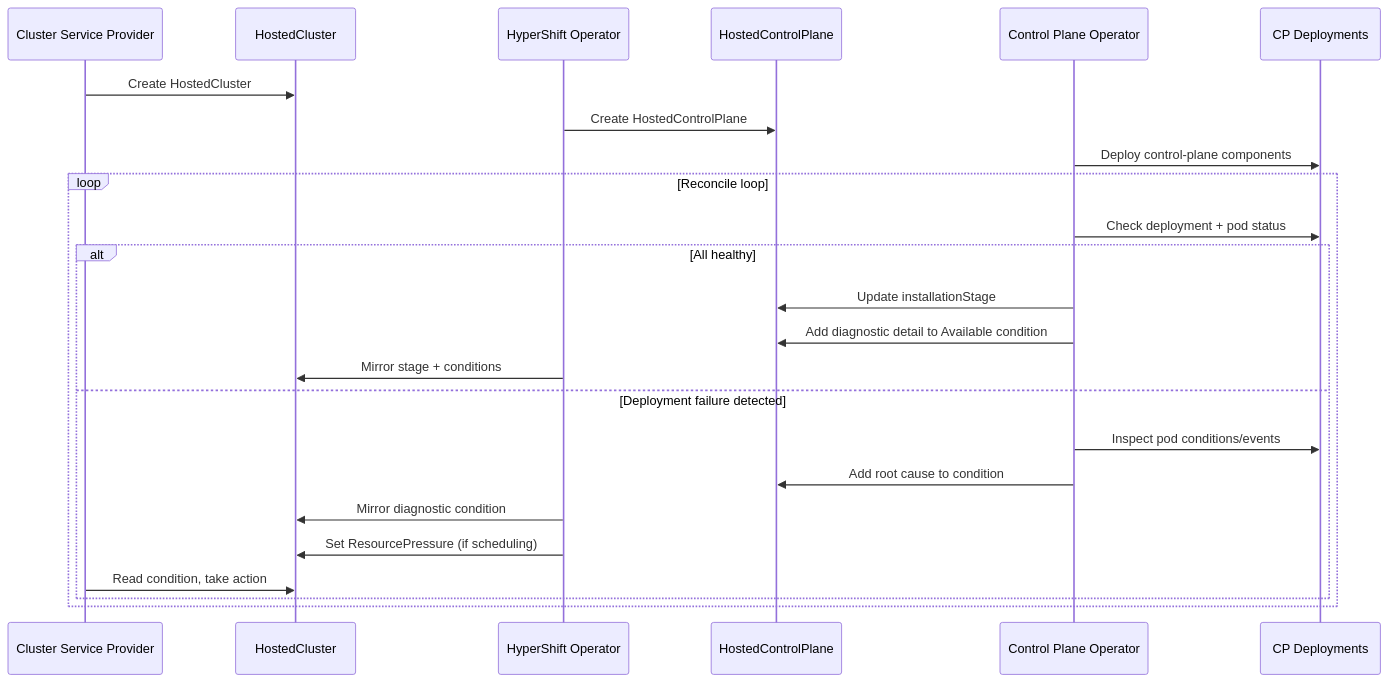
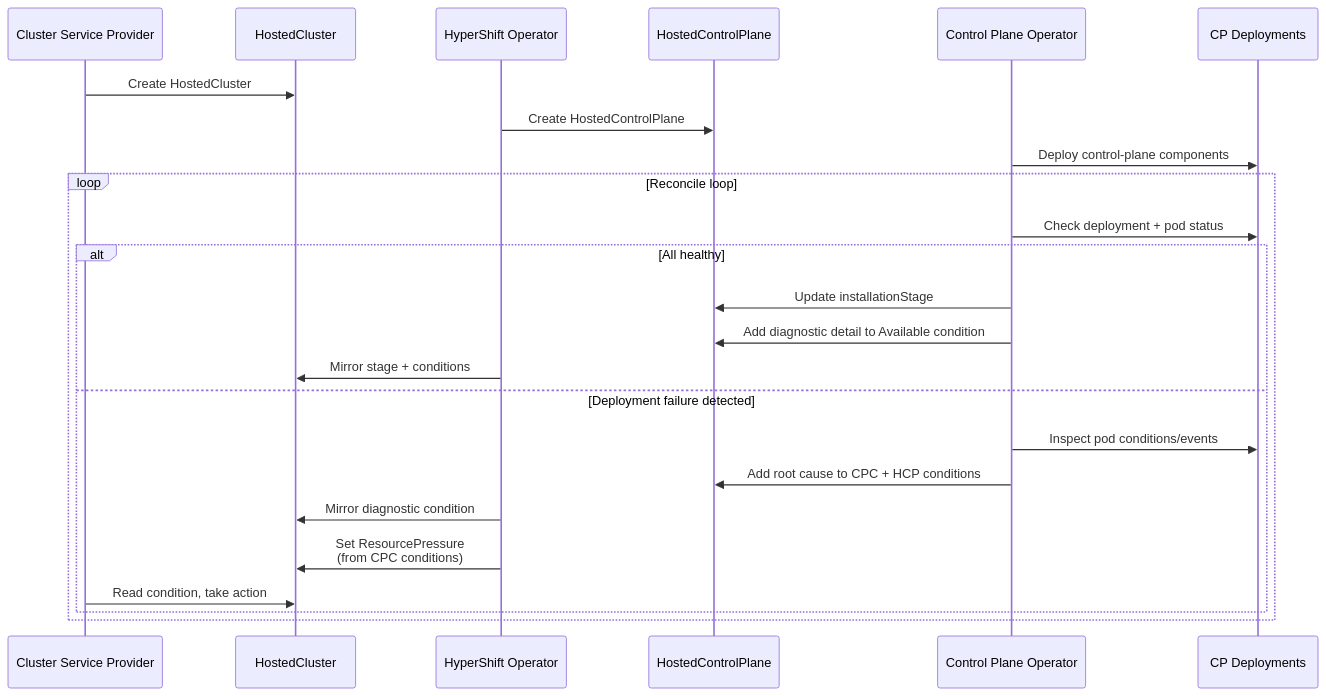
One commit to sdminonne/enhancements changed the second of 2 diagrams in enhancements/hypershift/installation-failure-debuggability.md. Above: the diagram before and after it, drawn with Mermaid. The commit also changed other lines of this file, not shown here.

First line of the commit message:
OCPSTRAT-1598: Update ManagementClusterResourcePressure to CPC-based approach

````diff
--- a/enhancements/hypershift/installation-failure-debuggability.md
+++ b/enhancements/hypershift/installation-failure-debuggability.md
@@ -485,27 +487,27 @@
 ```mermaid
 sequenceDiagram
     participant CSP as Cluster Service Provider
     participant HC as HostedCluster
     participant HO as HyperShift Operator
     participant HCP as HostedControlPlane
     participant CPO as Control Plane Operator
     participant Pods as CP Deployments
 
     CSP->>HC: Create HostedCluster
     HO->>HCP: Create HostedControlPlane
     CPO->>Pods: Deploy control-plane components
     loop Reconcile loop
         CPO->>Pods: Check deployment + pod status
         alt All healthy
             CPO->>HCP: Update installationStage
             CPO->>HCP: Add diagnostic detail to Available condition
             HO->>HC: Mirror stage + conditions
         else Deployment failure detected
             CPO->>Pods: Inspect pod conditions/events
-            CPO->>HCP: Add root cause to condition
+            CPO->>HCP: Add root cause to CPC + HCP conditions
             HO->>HC: Mirror diagnostic condition
-            HO->>HC: Set ResourcePressure (if scheduling)
+            HO->>HC: Set ResourcePressure<br/>(from CPC conditions)
             CSP->>HC: Read condition, take action
         end
     end
 ```
````
